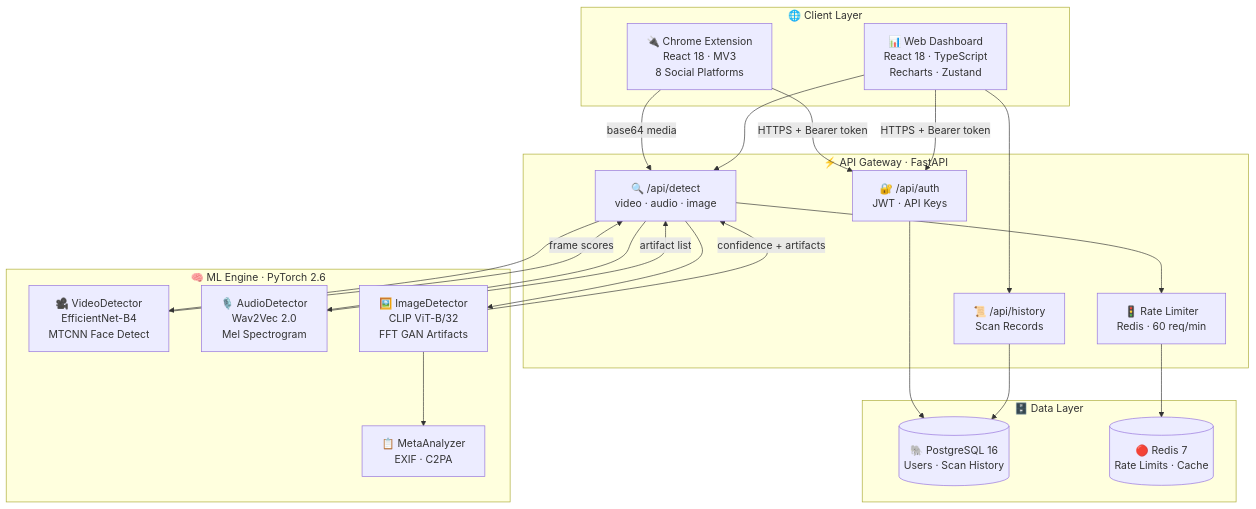
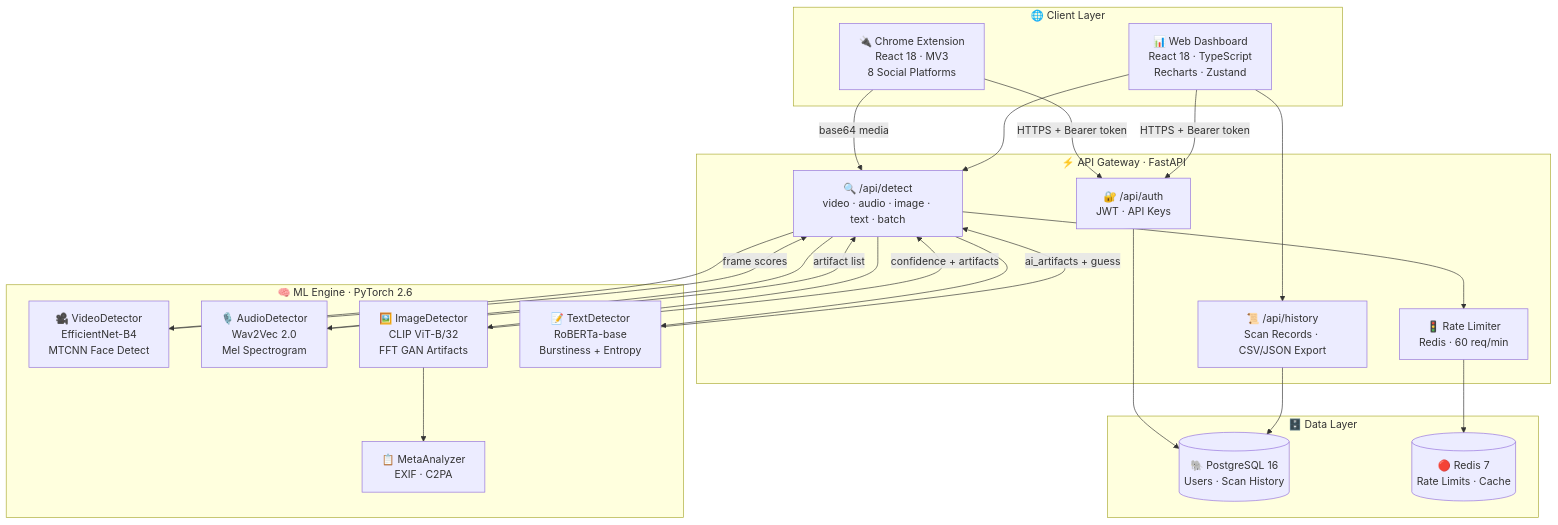
Before and after one commit to Rahulchaube1/TruthLens-: the first of 3 diagrams in README.md, drawn with Mermaid. The commit also changed other lines of this file and 4 other files, not shown here.

First line of the commit message:
feat: add official logo, AI text detection, batch scan, history export, enhanced README

````diff
--- a/README.md
+++ b/README.md
@@ -125,44 +160,47 @@
 ```mermaid
 graph TB
     subgraph CLIENT ["🌐  Client Layer"]
         EXT["🔌 Chrome Extension<br/>React 18 · MV3<br/>8 Social Platforms"]
         DASH["📊 Web Dashboard<br/>React 18 · TypeScript<br/>Recharts · Zustand"]
     end
 
     subgraph API ["⚡  API Gateway  ·  FastAPI"]
         AUTH["🔐 /api/auth<br/>JWT · API Keys"]
-        DETECT["🔍 /api/detect<br/>video · audio · image"]
-        HISTORY["📜 /api/history<br/>Scan Records"]
+        DETECT["🔍 /api/detect<br/>video · audio · image · text · batch"]
+        HISTORY["📜 /api/history<br/>Scan Records · CSV/JSON Export"]
         RATE["🚦 Rate Limiter<br/>Redis · 60 req/min"]
     end
 
     subgraph ML ["🧠  ML Engine  ·  PyTorch 2.6"]
         VID["🎥 VideoDetector<br/>EfficientNet-B4<br/>MTCNN Face Detect"]
         AUD["🎙️ AudioDetector<br/>Wav2Vec 2.0<br/>Mel Spectrogram"]
         IMG["🖼️ ImageDetector<br/>CLIP ViT-B/32<br/>FFT GAN Artifacts"]
+        TXT["📝 TextDetector<br/>RoBERTa-base<br/>Burstiness + Entropy"]
         META["📋 MetaAnalyzer<br/>EXIF · C2PA"]
     end
 
     subgraph DATA ["🗄️  Data Layer"]
         PG[("🐘 PostgreSQL 16<br/>Users · Scan History")]
         RD[("🔴 Redis 7<br/>Rate Limits · Cache")]
     end
 
     EXT -->|"HTTPS + Bearer token"| AUTH
     EXT -->|"base64 media"| DETECT
     DASH -->|"HTTPS + Bearer token"| AUTH
     DASH --> DETECT
     DASH --> HISTORY
 
     AUTH --> PG
     DETECT --> RATE
     RATE --> RD
     DETECT --> VID
     DETECT --> AUD
     DETECT --> IMG
+    DETECT --> TXT
     IMG --> META
     HISTORY --> PG
     VID -->|"frame scores"| DETECT
     AUD -->|"artifact list"| DETECT
     IMG -->|"confidence + artifacts"| DETECT
+    TXT -->|"ai_artifacts + guess"| DETECT
 ```
````
